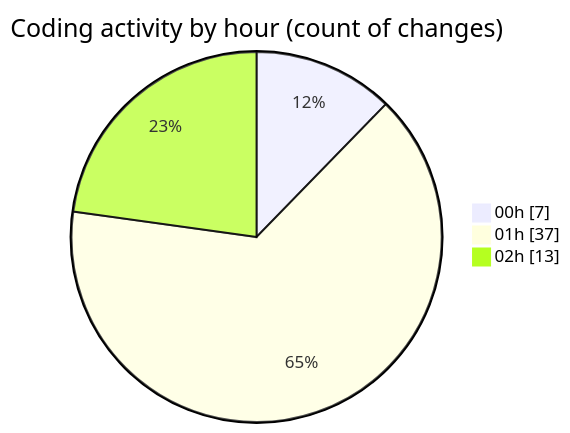
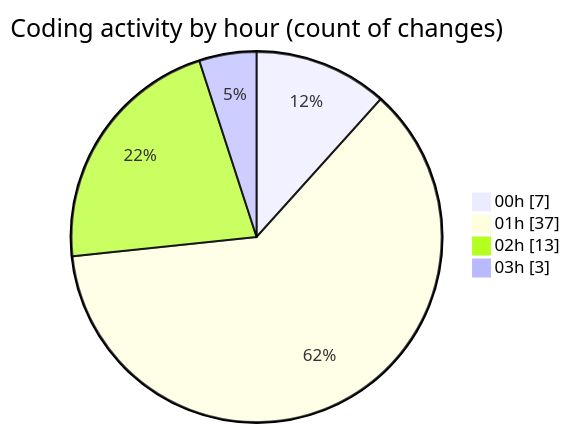
The second of 2 diagrams in 2025-02-23/micros/README.md (charlie-sans/code-tracking), drawn with Mermaid before and after one commit. The commit also changed other lines of this file and 1 other file, not shown here.

````diff
--- a/2025-02-23/micros/README.md
+++ b/2025-02-23/micros/README.md
@@ -41,7 +45,8 @@
 ```mermaid
 pie showData
 title Coding activity by hour (count of changes)
 "00h" : 7
 "01h" : 37
 "02h" : 13
+"03h" : 3
 ```
````
